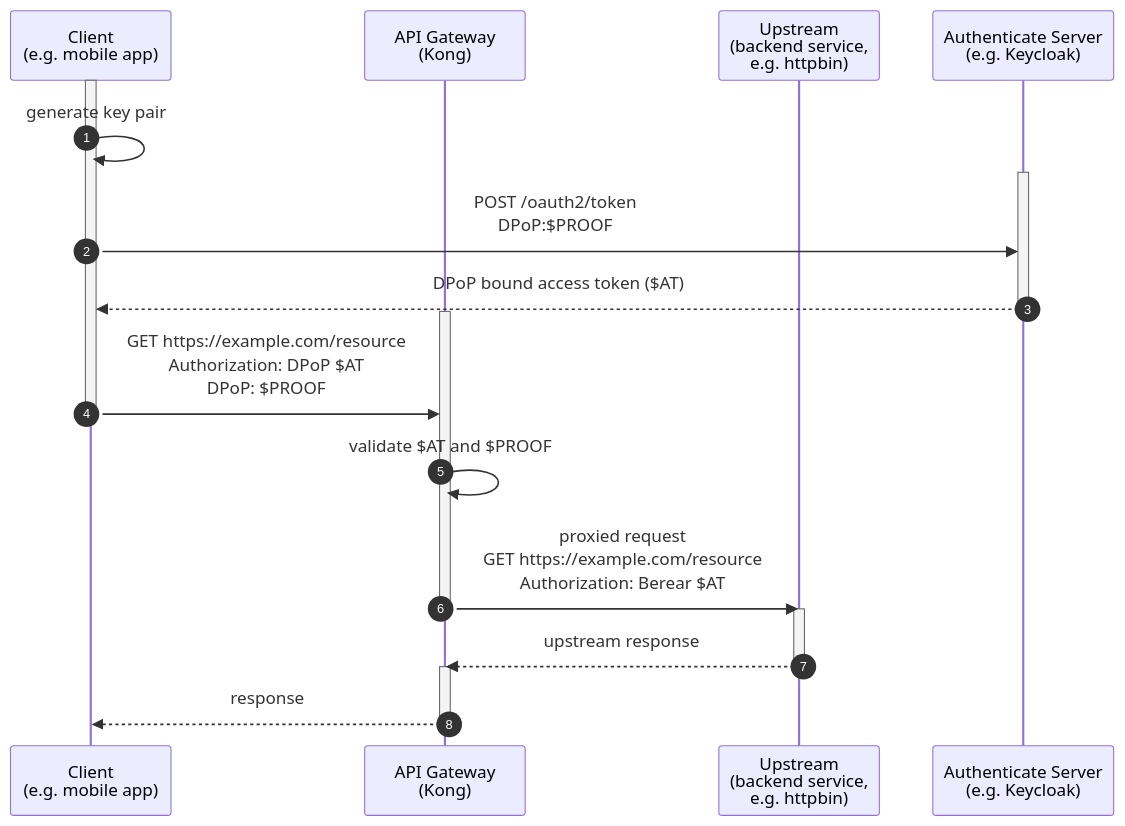
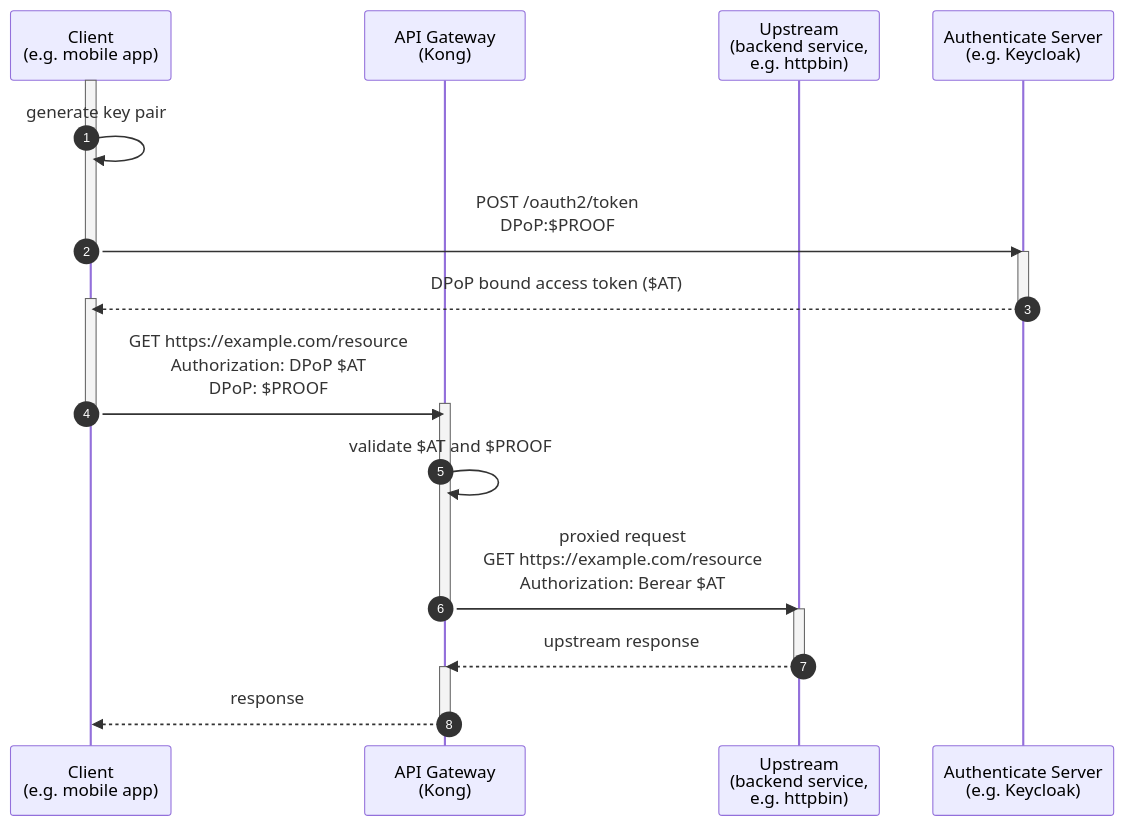
Before and after one commit to Kong/docs.konghq.com: the diagram in app/_hub/kong-inc/openid-connect/how-to/_demonstrating-proof-of-possession.md, drawn with Mermaid.

```diff
--- a/app/_hub/kong-inc/openid-connect/how-to/_demonstrating-proof-of-possession.md
+++ b/app/_hub/kong-inc/openid-connect/how-to/_demonstrating-proof-of-possession.md
@@ -14,26 +14,28 @@
 {% mermaid %}
 sequenceDiagram
     autonumber
     participant client as Client <br>(e.g. mobile app)
     participant kong as API Gateway <br>(Kong)
     participant upstream as Upstream <br>(backend service,<br> e.g. httpbin)
     participant idp as Authenticate Server <br>(e.g. Keycloak)
     activate client
     client->>client: generate key pair
+    client->>idp: POST /oauth2/token<br>DPoP:$PROOF
+    deactivate client
     activate idp
-    client->>idp: POST /oauth2/token<br>DPoP:$PROOF
     idp-->>client: DPoP bound access token ($AT)
+    activate client
     deactivate idp
+    client->>kong: GET https://example.com/resource<br>Authorization: DPoP $AT<br>DPoP: $PROOF
     activate kong
-    client->>kong: GET https://example.com/resource<br>Authorization: DPoP $AT<br>DPoP: $PROOF
     deactivate client
     kong->>kong: validate $AT and $PROOF
     kong->>upstream: proxied request <br> GET https://example.com/resource<br>Authorization: Berear $AT
     deactivate kong
     activate upstream
     upstream-->>kong: upstream response
     deactivate upstream
     activate kong
     kong-->>client: response
     deactivate kong
 {% endmermaid %}
```
